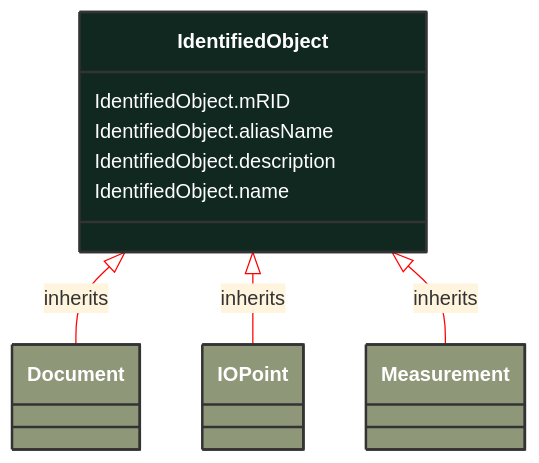
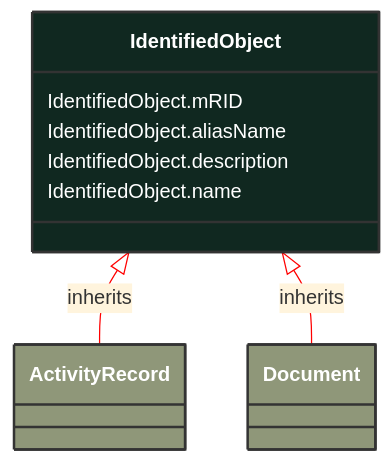
One commit to 3lbits/NoCIMExtensions changed the diagram in docs/Models/Profiles/Outage/AbstractClasses/IdentifiedObject.md. Above: the diagram before and after it, drawn with Mermaid. The commit also changed 18 other files, not shown here.

````diff
--- a/docs/Models/Profiles/Outage/AbstractClasses/IdentifiedObject.md
+++ b/docs/Models/Profiles/Outage/AbstractClasses/IdentifiedObject.md
@@ -10,32 +10,26 @@
 ```mermaid
 %%{init: {'theme':'base','themeVariables': {'lineColor': '#FF0000'}}}%%
 classDiagram
     class IdentifiedObject
     click IdentifiedObject href "/Models/Profiles/Outage/AbstractClasses/IdentifiedObject/"
     style IdentifiedObject fill:#102820,stroke:#333,stroke-width:2px,rx:10,ry:10,color:white
 
+        IdentifiedObject <|-- ActivityRecord : inherits
+
+        ActivityRecord
+            click ActivityRecord href "/Models/Profiles/Outage/AbstractClasses/ActivityRecord/"
+            style ActivityRecord fill:#8F9779,stroke:#333,stroke-width:2px,rx:10,ry:10,color:white
+
         IdentifiedObject <|-- Document : inherits
 
         Document
             click Document href "/Models/Profiles/Outage/AbstractClasses/Document/"
             style Document fill:#8F9779,stroke:#333,stroke-width:2px,rx:10,ry:10,color:white
-
-        IdentifiedObject <|-- IOPoint : inherits
-
-        IOPoint
-            click IOPoint href "/Models/Profiles/Outage/AbstractClasses/IOPoint/"
-            style IOPoint fill:#8F9779,stroke:#333,stroke-width:2px,rx:10,ry:10,color:white
-
-        IdentifiedObject <|-- Measurement : inherits
-
-        Measurement
-            click Measurement href "/Models/Profiles/Outage/AbstractClasses/Measurement/"
-            style Measurement fill:#8F9779,stroke:#333,stroke-width:2px,rx:10,ry:10,color:white
 
 
 
         IdentifiedObject : IdentifiedObject.mRID
         IdentifiedObject : IdentifiedObject.aliasName
         IdentifiedObject : IdentifiedObject.description
         IdentifiedObject : IdentifiedObject.name
 ```
````
